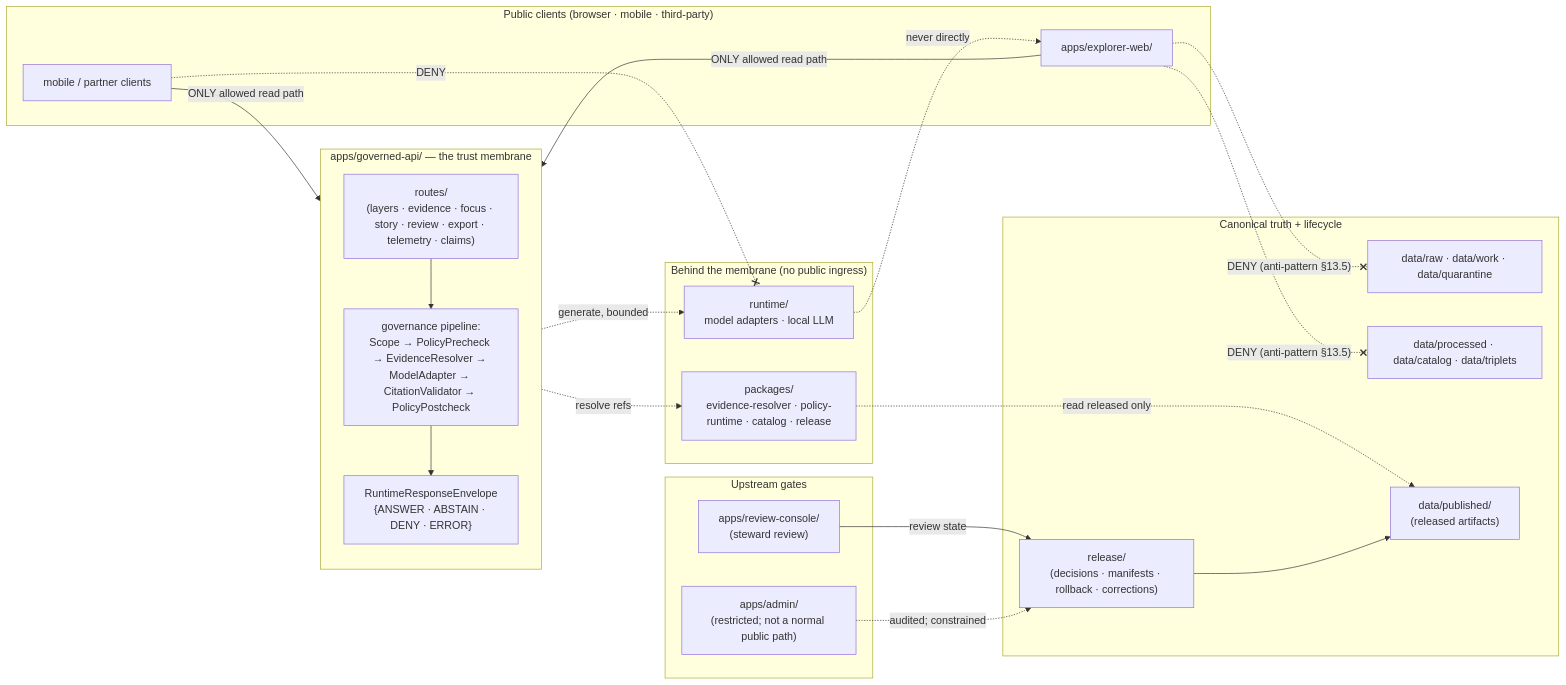
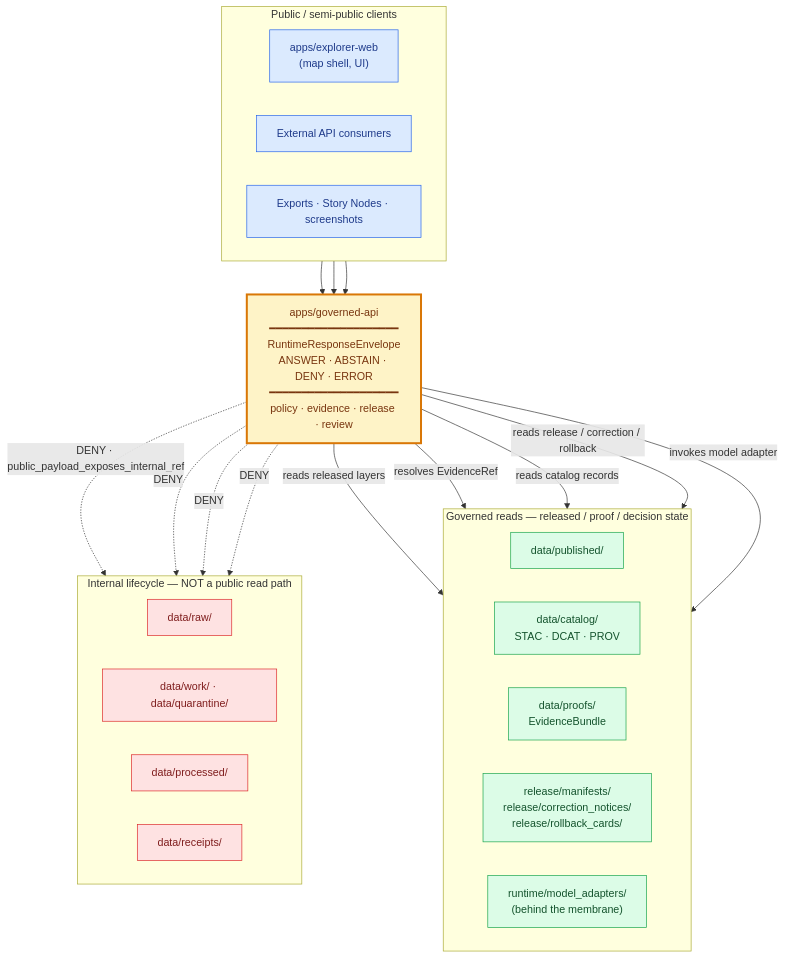
Before and after one commit to bartytime4life/Kansas-Frontier-Matrix: the diagram in docs/adr/ADR-0004-apps-governed-api-is-the-trust-membrane.md, drawn with Mermaid. The commit also changed other lines of this file, not shown here.

````diff
--- a/docs/adr/ADR-0004-apps-governed-api-is-the-trust-membrane.md
+++ b/docs/adr/ADR-0004-apps-governed-api-is-the-trust-membrane.md
@@ -138,46 +121,48 @@
 ```mermaid
-flowchart LR
-  subgraph PUBLIC["Public clients (browser · mobile · third-party)"]
-    EW["apps/explorer-web/"]
-    M["mobile / partner clients"]
-  end
+flowchart TB
+    classDef public fill:#dbeafe,stroke:#2563eb,color:#1e3a8a
+    classDef membrane fill:#fef3c7,stroke:#d97706,color:#78350f,stroke-width:3px
+    classDef governed fill:#dcfce7,stroke:#16a34a,color:#14532d
+    classDef internal fill:#fee2e2,stroke:#dc2626,color:#7f1d1d
 
-  subgraph MEMBRANE["apps/governed-api/ — the trust membrane"]
-    direction TB
-    R["routes/<br/>(layers · evidence · focus · story · review · export · telemetry · claims)"]
-    G["governance pipeline:<br/>Scope → PolicyPrecheck → EvidenceResolver → ModelAdapter → CitationValidator → PolicyPostcheck"]
-    E["RuntimeResponseEnvelope<br/>{ANSWER · ABSTAIN · DENY · ERROR}"]
-  end
+    subgraph Clients["Public / semi-public clients"]
+        direction LR
+        WEB["apps/explorer-web<br/>(map shell, UI)"]:::public
+        EXT["External API consumers"]:::public
+        EXP["Exports · Story Nodes · screenshots"]:::public
+    end
 
-  subgraph BEHIND["Behind the membrane (no public ingress)"]
-    RT["runtime/<br/>model adapters · local LLM"]
-    PKG["packages/<br/>evidence-resolver · policy-runtime · catalog · release"]
-  end
+    GAPI["apps/governed-api<br/>━━━━━━━━━━━━━━━━━━━━<br/>RuntimeResponseEnvelope<br/>ANSWER · ABSTAIN · DENY · ERROR<br/>━━━━━━━━━━━━━━━━━━━━<br/>policy · evidence · release · review"]:::membrane
 
-  subgraph CANON["Canonical truth + lifecycle"]
-    DR["data/raw · data/work · data/quarantine"]
-    DP["data/processed · data/catalog · data/triplets"]
-    PUB["data/published/<br/>(released artifacts)"]
-    REL["release/<br/>(decisions · manifests · rollback · corrections)"]
-  end
+    subgraph Allowed["Governed reads — released / proof / decision state"]
+        direction LR
+        PUB["data/published/"]:::governed
+        CAT["data/catalog/<br/>STAC · DCAT · PROV"]:::governed
+        PROOF["data/proofs/<br/>EvidenceBundle"]:::governed
+        REL["release/manifests/<br/>release/correction_notices/<br/>release/rollback_cards/"]:::governed
+        RTM["runtime/model_adapters/<br/>(behind the membrane)"]:::governed
+    end
 
-  subgraph GATES["Upstream gates"]
-    RC["apps/review-console/<br/>(steward review)"]
-    AD["apps/admin/<br/>(restricted; not a normal public path)"]
-  end
+    subgraph Denied["Internal lifecycle — NOT a public read path"]
+        direction LR
+        RAW["data/raw/"]:::internal
+        WORK["data/work/ · data/quarantine/"]:::internal
+        PROC["data/processed/"]:::internal
+        REC["data/receipts/"]:::internal
+    end
 
-  EW -->|"ONLY allowed read path"| R
-  M  -->|"ONLY allowed read path"| R
-  R --> G --> E
-  G -.->|resolve refs| PKG
-  G -.->|generate, bounded| RT
-  RT -.->|never directly| EW
-  PKG -.->|read released only| PUB
-  REL --> PUB
-  RC -->|review state| REL
-  AD -.->|audited; constrained| REL
+    WEB --> GAPI
+    EXT --> GAPI
+    EXP --> GAPI
 
-  EW -. "DENY (anti-pattern §13.5)" .-x DR
-  EW -. "DENY (anti-pattern §13.5)" .-x DP
-  M  -. "DENY" .-x RT
+    GAPI -->|reads released layers| PUB
+    GAPI -->|resolves EvidenceRef| PROOF
+    GAPI -->|reads catalog records| CAT
+    GAPI -->|reads release / correction / rollback| REL
+    GAPI -->|invokes model adapter| RTM
+
+    GAPI -.->|DENY · public_payload_exposes_internal_ref| RAW
+    GAPI -.->|DENY| WORK
+    GAPI -.->|DENY| PROC
+    GAPI -.->|DENY| REC
 ```
````
